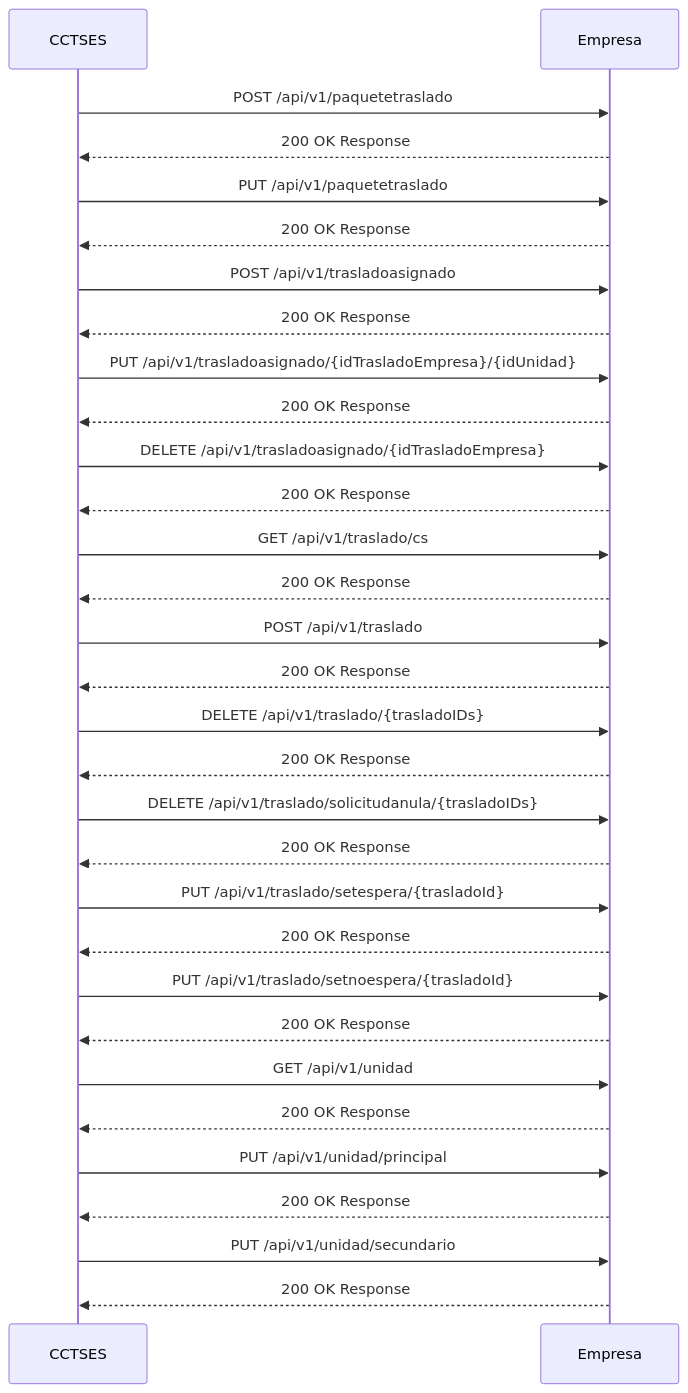
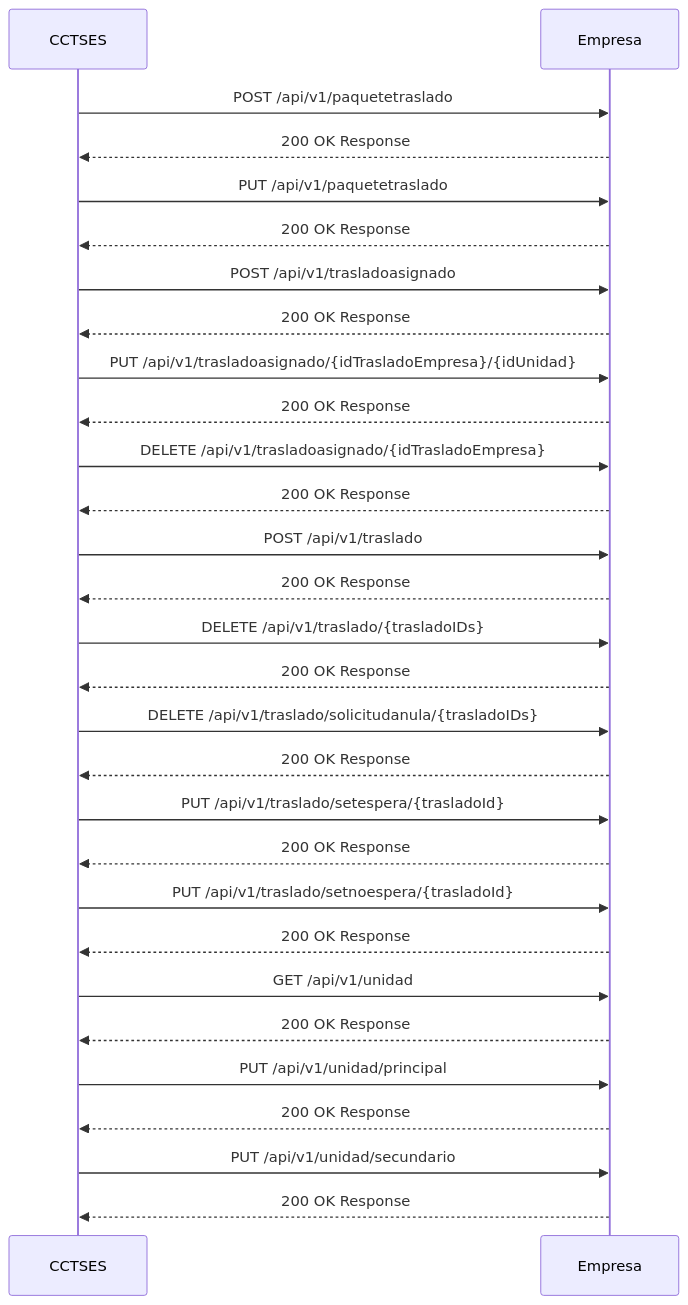
The diagram in docs/versions/1.6/CircuitoB/CCTSES-doc_tecnica.md (phevositc/cctses_integra), drawn with Mermaid before and after one commit. The commit also changed other lines of this file and 2 other files, not shown here.

Commit message:
Refactor Circuito A and Circuito B documentation for clarity and accuracy; remove deprecated API endpoints and update request/response examples

````diff
--- a/docs/versions/1.6/CircuitoB/CCTSES-doc_tecnica.md
+++ b/docs/versions/1.6/CircuitoB/CCTSES-doc_tecnica.md
@@ -15,62 +15,58 @@
     ```mermaid
     sequenceDiagram
         %% Participantes (izquierda a derecha)
         participant CCTSES
         participant Empresa
 
         %% 1) POST /api/v1/paquetetraslado
         CCTSES->>Empresa: POST /api/v1/paquetetraslado
         Empresa-->>CCTSES: 200 OK Response
 
         %% 2) PUT /api/v1/paquetetraslado
         CCTSES->>Empresa: PUT /api/v1/paquetetraslado
         Empresa-->>CCTSES: 200 OK Response
 
         %% 3) POST /api/v1/trasladoasignado
         CCTSES->>Empresa: POST /api/v1/trasladoasignado
         Empresa-->>CCTSES: 200 OK Response
 
         %% 4) PUT /api/v1/trasladoasignado/{idTrasladoEmpresa}/{idUnidad}
         CCTSES->>Empresa: PUT /api/v1/trasladoasignado/{idTrasladoEmpresa}/{idUnidad}
         Empresa-->>CCTSES: 200 OK Response
 
         %% 5) DELETE /api/v1/trasladoasignado/{idTrasladoEmpresa}
         CCTSES->>Empresa: DELETE /api/v1/trasladoasignado/{idTrasladoEmpresa}
-        Empresa-->>CCTSES: 200 OK Response
-
-        %% 6) GET /api/v1/traslado/cs
-        CCTSES->>Empresa: GET /api/v1/traslado/cs
         Empresa-->>CCTSES: 200 OK Response
 
         %% 7) POST /api/v1/traslado
         CCTSES->>Empresa: POST /api/v1/traslado
         Empresa-->>CCTSES: 200 OK Response
 
         %% 8) DELETE /api/v1/traslado/{trasladoIDs}
         CCTSES->>Empresa: DELETE /api/v1/traslado/{trasladoIDs}
         Empresa-->>CCTSES: 200 OK Response
 
         %% 9) DELETE /api/v1/traslado/solicitudanula/{trasladoIDs}
         CCTSES->>Empresa: DELETE /api/v1/traslado/solicitudanula/{trasladoIDs}
         Empresa-->>CCTSES: 200 OK Response
 
         %% 10) PUT /api/v1/traslado/setespera/{trasladoId}
         CCTSES->>Empresa: PUT /api/v1/traslado/setespera/{trasladoId}
         Empresa-->>CCTSES: 200 OK Response
 
         %% 11) PUT /api/v1/traslado/setnoespera/{trasladoId}
         CCTSES->>Empresa: PUT /api/v1/traslado/setnoespera/{trasladoId}
         Empresa-->>CCTSES: 200 OK Response
 
         %% 12) GET /api/v1/unidad
         CCTSES->>Empresa: GET /api/v1/unidad
         Empresa-->>CCTSES: 200 OK Response
 
         %% 13) PUT /api/v1/unidad/principal
         CCTSES->>Empresa: PUT /api/v1/unidad/principal
         Empresa-->>CCTSES: 200 OK Response
 
         %% 14) PUT /api/v1/unidad/secundario
         CCTSES->>Empresa: PUT /api/v1/unidad/secundario
         Empresa-->>CCTSES: 200 OK Response
     ```
````
